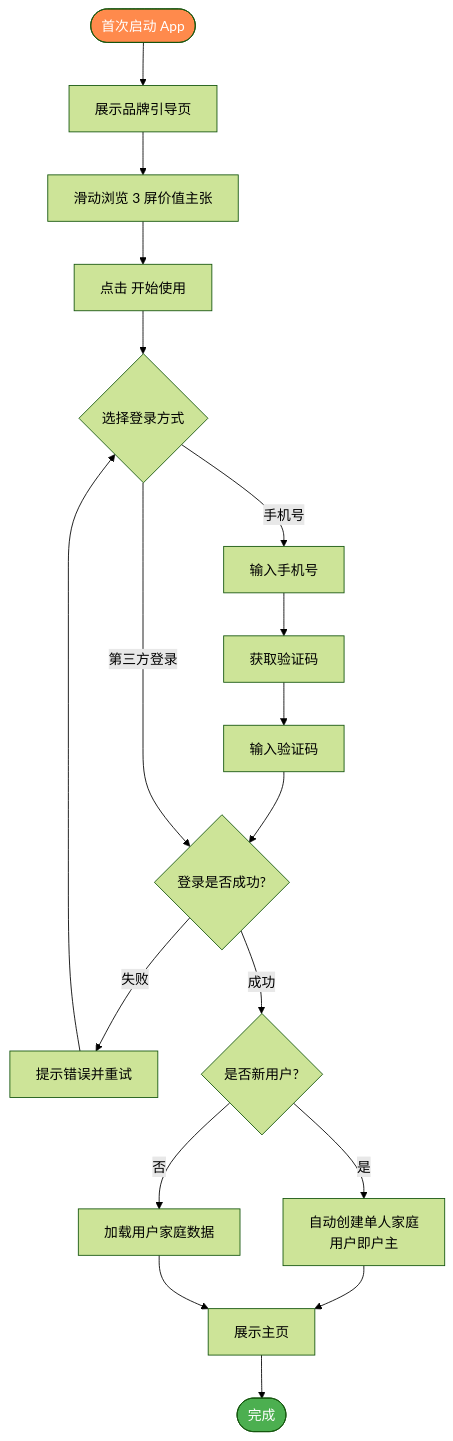
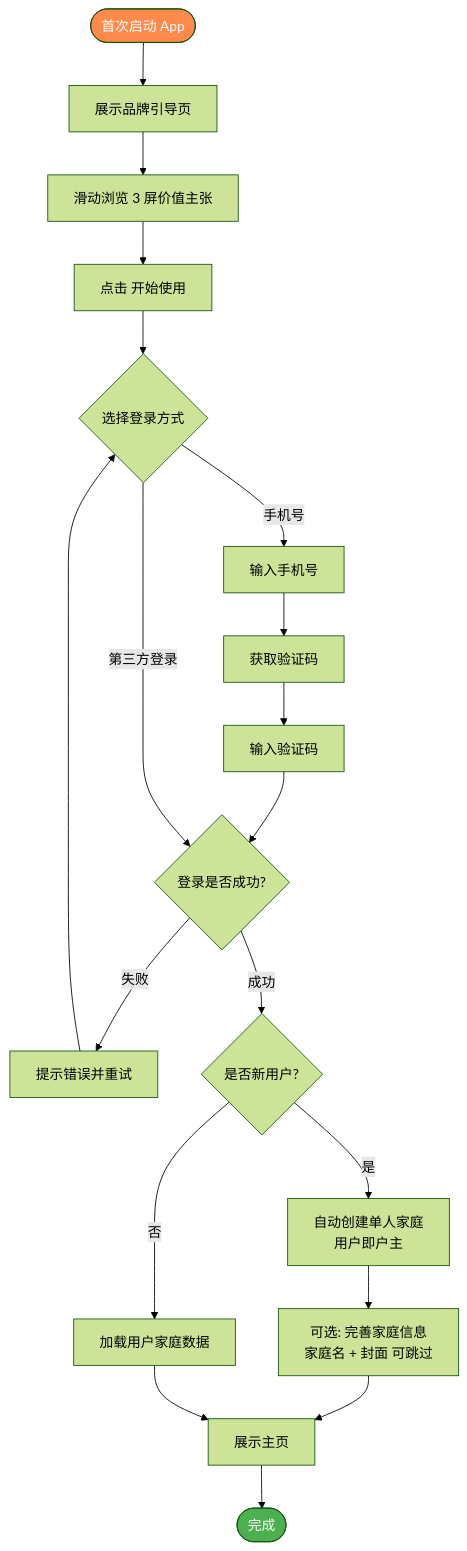
One commit to raochen0000/HomeBook changed the first of 15 diagrams in docs/PRD.md. Above: the diagram before and after it, drawn with Mermaid (forest theme). The commit also changed other lines of this file and 5 other files, not shown here.

````diff
--- a/docs/PRD.md
+++ b/docs/PRD.md
@@ -100,30 +100,31 @@
 ```mermaid
 flowchart TD
     A([首次启动 App]) --> B[展示品牌引导页]
     B --> C[滑动浏览 3 屏价值主张]
     C --> D[点击 开始使用]
     D --> E{选择登录方式}
 
     E -- 手机号 --> F1[输入手机号]
     F1 --> F2[获取验证码]
     F2 --> F3[输入验证码]
     F3 --> G
 
     E -- 第三方登录 --> G
 
     G{登录是否成功?}
     G -- 失败 --> G1[提示错误并重试]
     G1 --> E
     G -- 成功 --> H{是否新用户?}
 
     H -- 是 --> I[自动创建单人家庭<br/>用户即户主]
     H -- 否 --> J[加载用户家庭数据]
 
-    I --> K[展示主页]
+    I --> I2[可选: 完善家庭信息<br/>家庭名 + 封面 可跳过]
+    I2 --> K[展示主页]
     J --> K
 
     K --> L([完成])
 
     style A fill:#FF8A4C,color:#fff
     style L fill:#4CAF50,color:#fff
 ```
````
